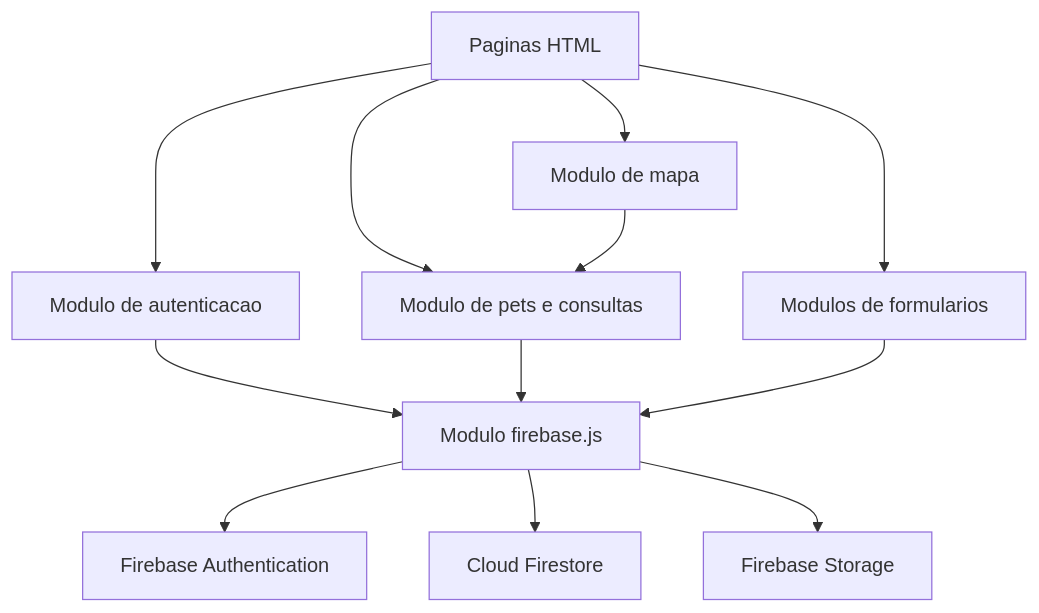
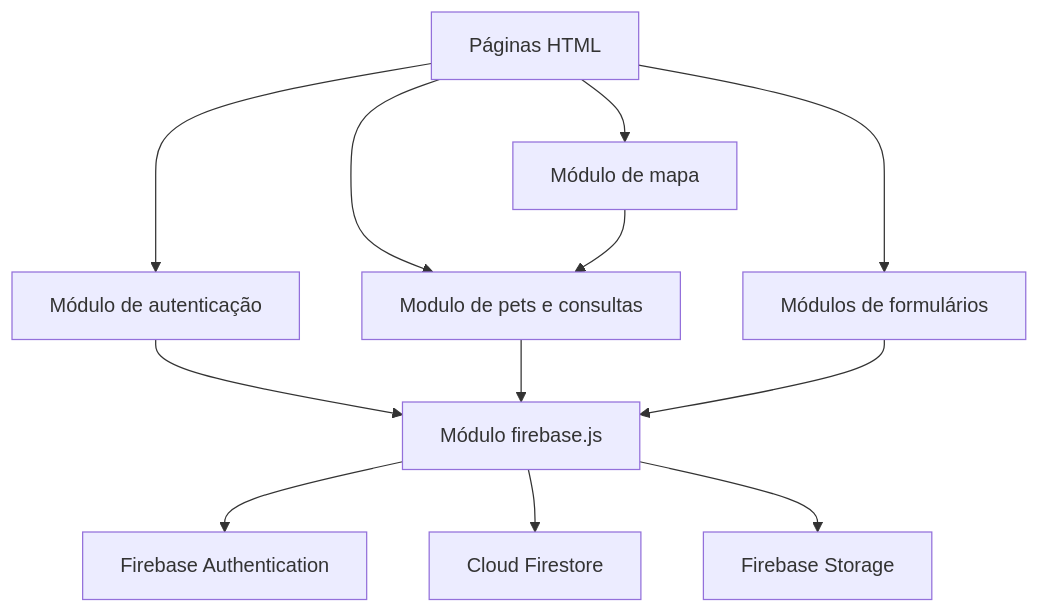
Before and after one commit to Reminsonrps/PetConecta: diagram 14 of 16 in docs/modelagem-site.md, drawn with Mermaid. The commit also changed other lines of this file and 3 other files, not shown here.

````diff
--- a/docs/modelagem-site.md
+++ b/docs/modelagem-site.md
@@ -558,24 +558,24 @@
 ```mermaid
 flowchart TB
-    View[Paginas HTML]
-    AuthModule[Modulo de autenticacao]
-    FirebaseModule[Modulo firebase.js]
+    View[Páginas HTML]
+    AuthModule[Módulo de autenticação]
+    FirebaseModule[Módulo firebase.js]
     PetModule[Modulo de pets e consultas]
-    FormModule[Modulos de formularios]
-    MapModule[Modulo de mapa]
+    FormModule[Módulos de formulários]
+    MapModule[Módulo de mapa]
     AuthService[Firebase Authentication]
     DataService[Cloud Firestore]
     FileService[Firebase Storage]
 
     View --> AuthModule
     View --> PetModule
     View --> FormModule
     View --> MapModule
     AuthModule --> FirebaseModule
     PetModule --> FirebaseModule
     FormModule --> FirebaseModule
     MapModule --> PetModule
     FirebaseModule --> AuthService
     FirebaseModule --> DataService
     FirebaseModule --> FileService
 ```
````
